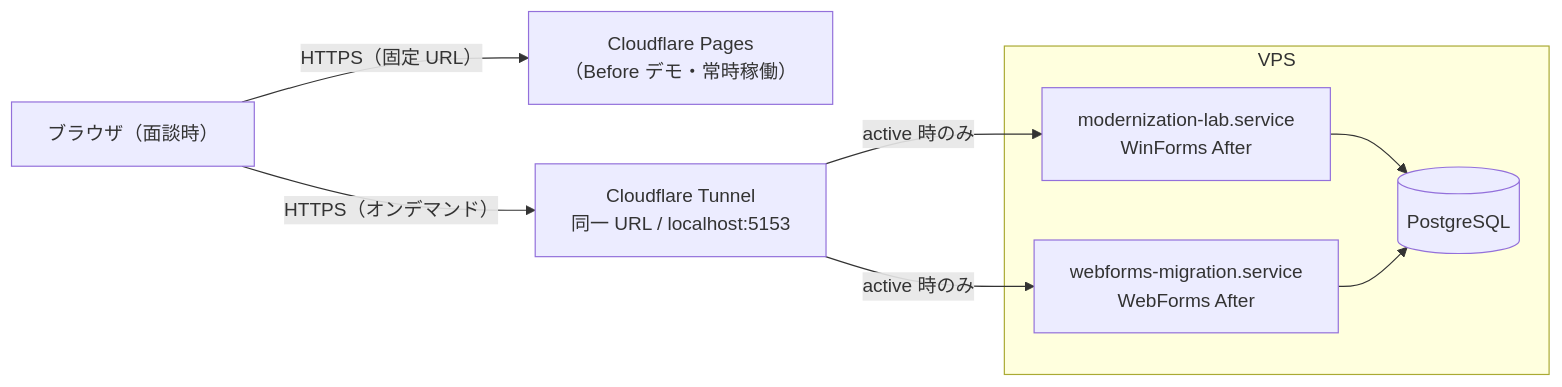
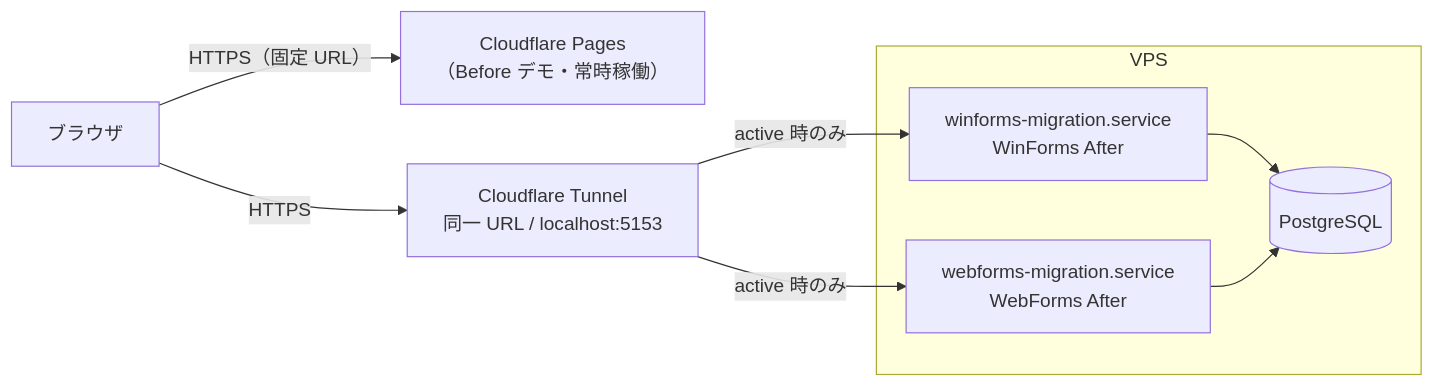
The third of 3 diagrams in README.md (yktsnet/dotnet-webforms-migration), drawn with Mermaid before and after one commit. The commit also changed other lines of this file and 1 other file, not shown here.

````diff
--- a/README.md
+++ b/README.md
@@ -206,17 +206,17 @@
 ```mermaid
 graph LR
-    User["ブラウザ（面談時）"]
+    User["ブラウザ"]
     Pages["Cloudflare Pages\n（Before デモ・常時稼働）"]
     Tunnel["Cloudflare Tunnel\n同一 URL / localhost:5153"]
     subgraph VPS["VPS"]
-        SVC1["modernization-lab.service\nWinForms After"]
+        SVC1["winforms-migration.service\nWinForms After"]
         SVC2["webforms-migration.service\nWebForms After"]
         DB[("PostgreSQL")]
     end
     User -->|"HTTPS（固定 URL）"| Pages
-    User -->|"HTTPS（オンデマンド）"| Tunnel
+    User -->|"HTTPS"| Tunnel
     Tunnel -->|"active 時のみ"| SVC1
     Tunnel -->|"active 時のみ"| SVC2
     SVC1 --> DB
     SVC2 --> DB
 ```
````
